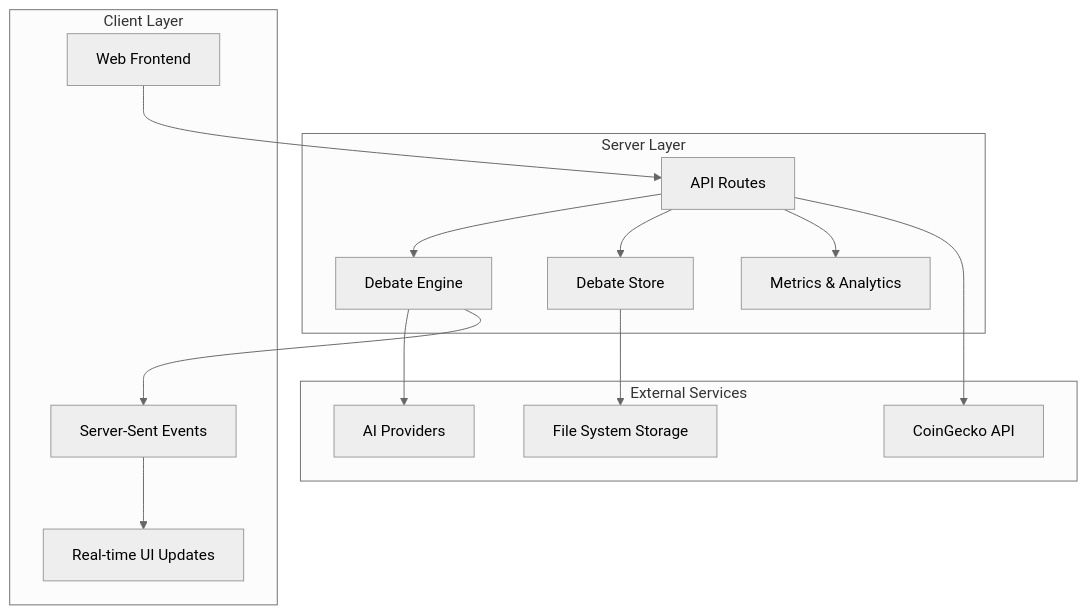
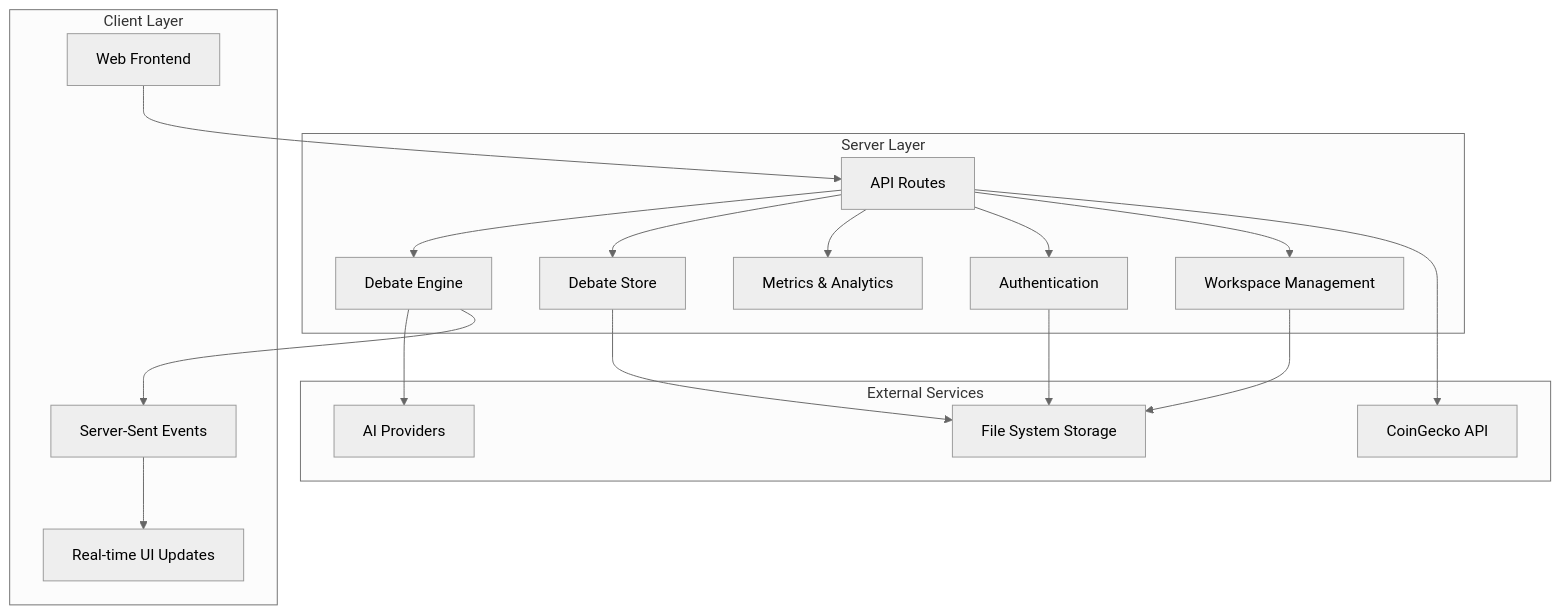
One commit to RunTimeAdmin/tri-ai changed the first of 6 diagrams in .qoder/repowiki/en/content/API Reference/Debate API/Debate API.md. Above: the diagram before and after it, drawn with Mermaid (neutral theme). The commit also changed other lines of this file and 139 other files, not shown here.

````diff
--- a/.qoder/repowiki/en/content/API Reference/Debate API/Debate API.md
+++ b/.qoder/repowiki/en/content/API Reference/Debate API/Debate API.md
@@ -50,28 +51,34 @@
 ```mermaid
 graph TB
 subgraph "Server Layer"
 API[API Routes]
 Engine[Debate Engine]
 Store[Debate Store]
 Metrics[Metrics & Analytics]
+Auth[Authentication]
+Workspace[Workspace Management]
 end
 subgraph "Client Layer"
 Frontend[Web Frontend]
 SSE[Server-Sent Events]
 UI[Real-time UI Updates]
 end
 subgraph "External Services"
 Providers[AI Providers]
 FS[File System Storage]
 Coingecko[CoinGecko API]
 end
 Frontend --> API
 API --> Engine
 API --> Store
 API --> Metrics
+API --> Auth
+API --> Workspace
 Engine --> Providers
 Store --> FS
+Auth --> FS
+Workspace --> FS
 API --> Coingecko
 Engine --> SSE
 SSE --> UI
 ```
````
